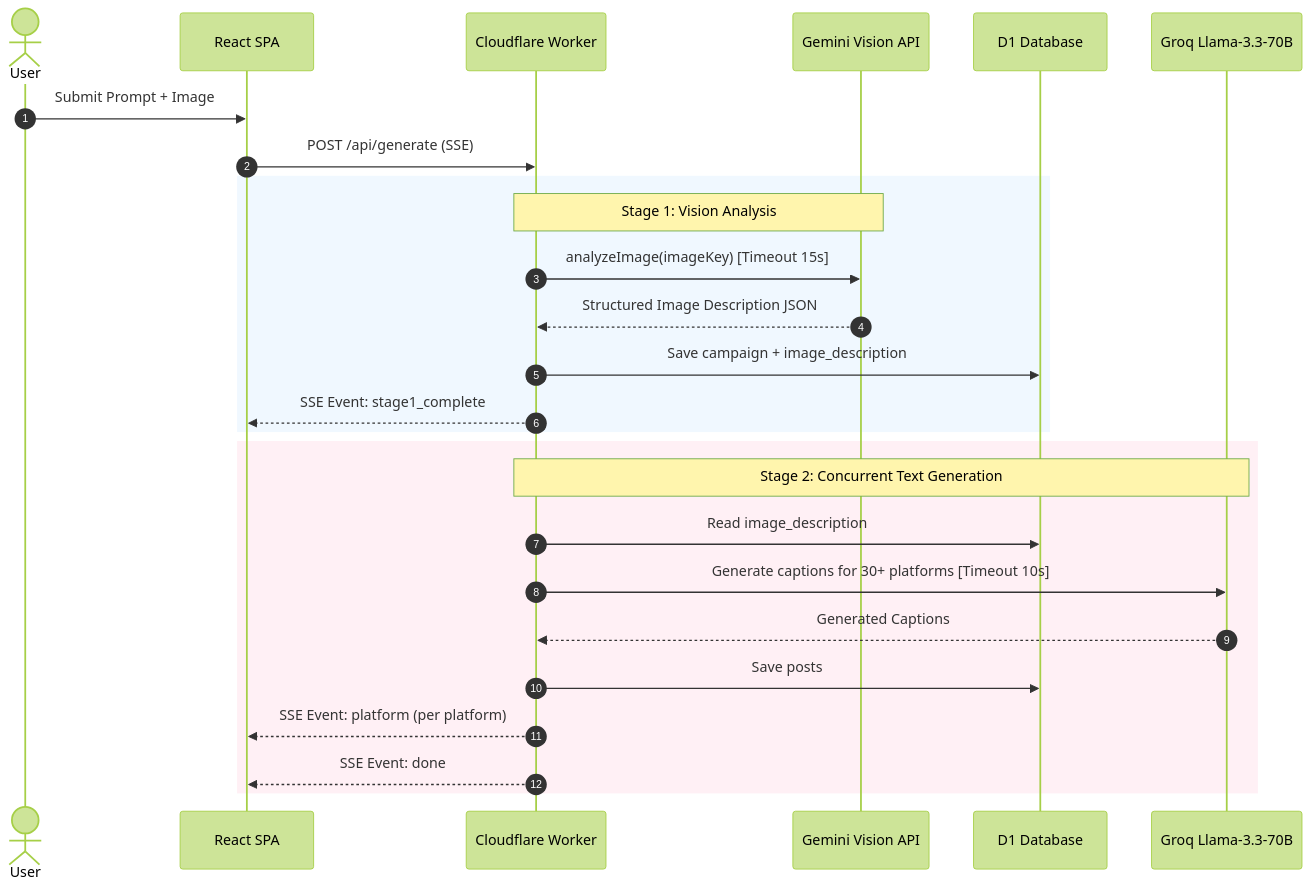
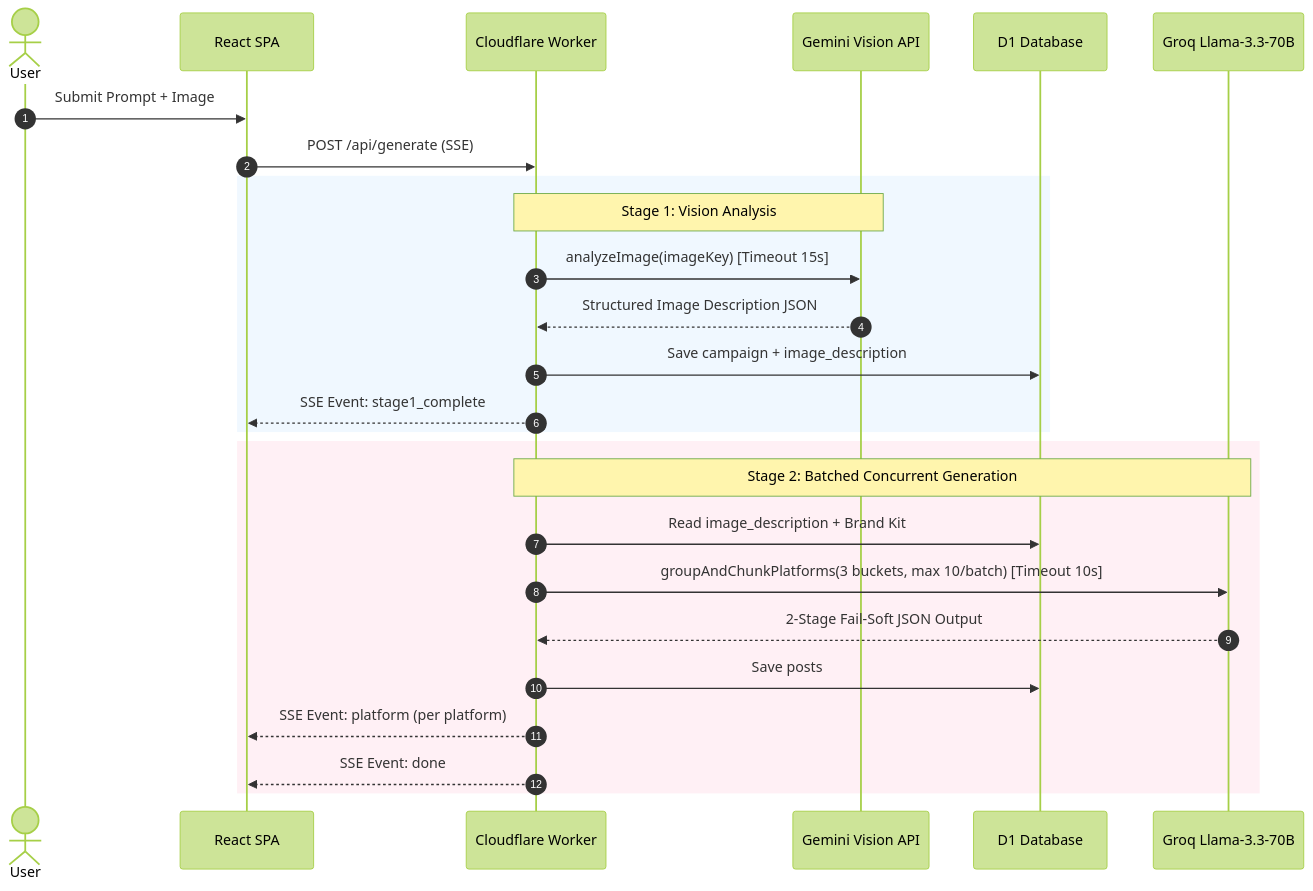
The diagram in docs/features/two-stage-generation.md (jaisankarpeddiboyina-creator/bypostmaker), drawn with Mermaid (forest theme) before and after one commit. The commit also changed other lines of this file and 53 other files, not shown here.

````diff
--- a/docs/features/two-stage-generation.md
+++ b/docs/features/two-stage-generation.md
@@ -44,31 +57,31 @@
 ```mermaid
 sequenceDiagram
     autonumber
     actor User
     participant Frontend as React SPA
     participant Worker as Cloudflare Worker
     participant Gemini as Gemini Vision API
     participant D1 as D1 Database
     participant Groq as Groq Llama-3.3-70B
 
     User->>Frontend: Submit Prompt + Image
     Frontend->>Worker: POST /api/generate (SSE)
     
     rect rgb(240, 248, 255)
         note over Worker, Gemini: Stage 1: Vision Analysis
         Worker->>Gemini: analyzeImage(imageKey) [Timeout 15s]
         Gemini-->>Worker: Structured Image Description JSON
         Worker->>D1: Save campaign + image_description
         Worker-->>Frontend: SSE Event: stage1_complete
     end
 
     rect rgb(255, 240, 245)
-        note over Worker, Groq: Stage 2: Concurrent Text Generation
-        Worker->>D1: Read image_description
-        Worker->>Groq: Generate captions for 30+ platforms [Timeout 10s]
-        Groq-->>Worker: Generated Captions
+        note over Worker, Groq: Stage 2: Batched Concurrent Generation
+        Worker->>D1: Read image_description + Brand Kit
+        Worker->>Groq: groupAndChunkPlatforms(3 buckets, max 10/batch) [Timeout 10s]
+        Groq-->>Worker: 2-Stage Fail-Soft JSON Output
         Worker->>D1: Save posts
         Worker-->>Frontend: SSE Event: platform (per platform)
         Worker-->>Frontend: SSE Event: done
     end
 ```
````
